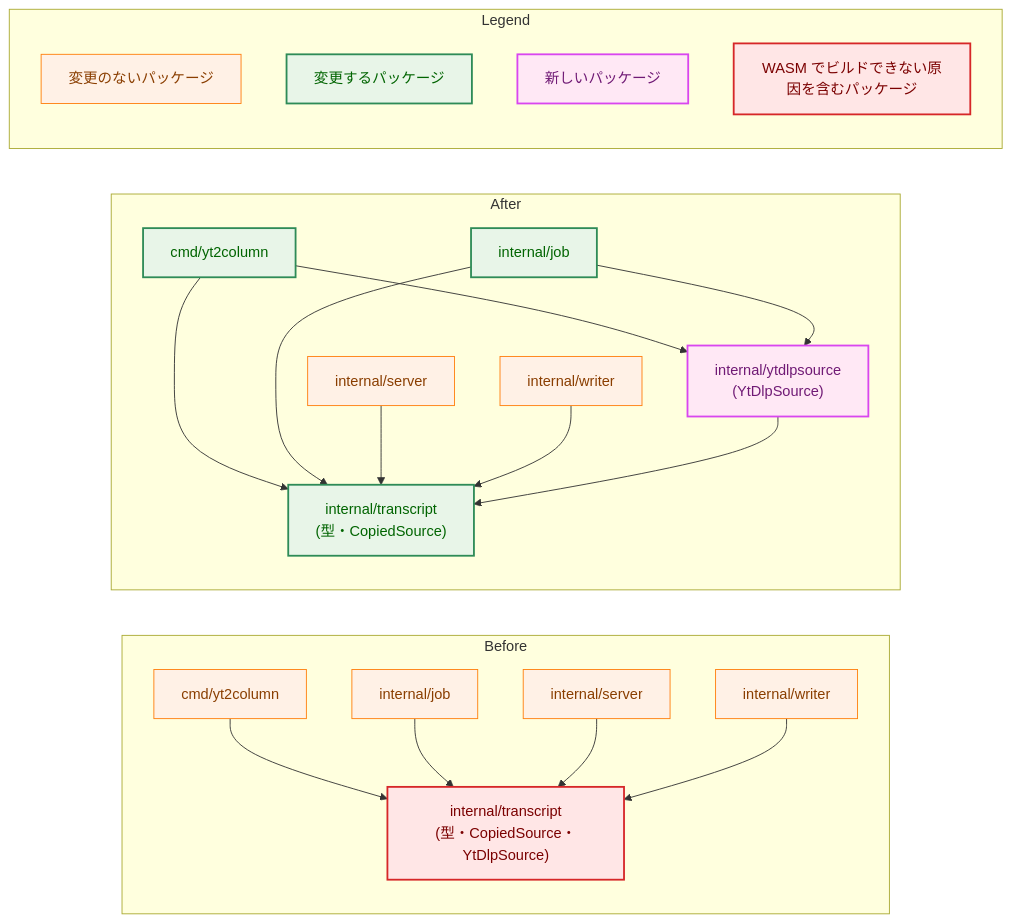
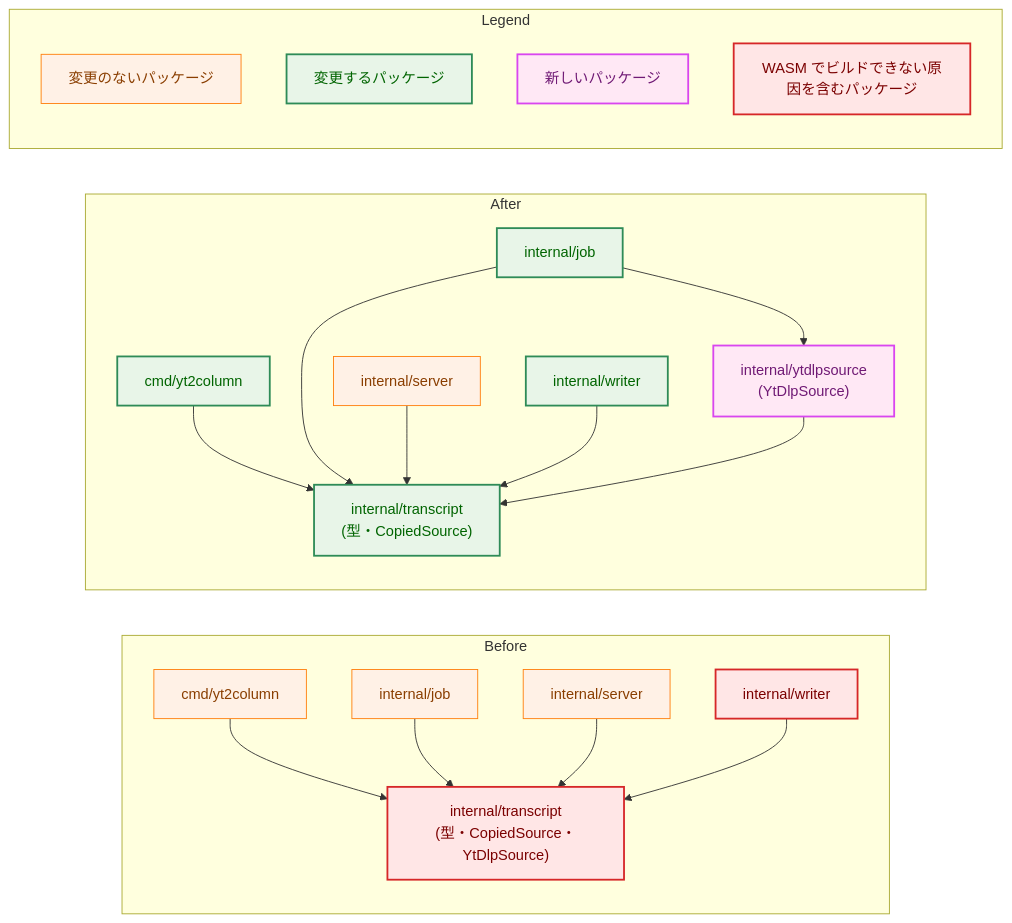
Before and after one commit to isseis/yt2column: the third of 8 diagrams in docs/tasks/0084_wasm_pipeline_poc/02_architecture.md, drawn with Mermaid. The commit also changed other lines of this file and 2 other files, not shown here.

First line of the commit message:
docs(0084): address the architecture review and the Japanese prose pass

````diff
--- a/docs/tasks/0084_wasm_pipeline_poc/02_architecture.md
+++ b/docs/tasks/0084_wasm_pipeline_poc/02_architecture.md
@@ -128,51 +166,50 @@
 ```mermaid
 flowchart LR
     classDef process fill:#fff1e6,stroke:#ff7f0e,stroke-width:1px,color:#8a3e00;
     classDef enhanced fill:#e8f5e8,stroke:#2e8b57,stroke-width:2px,color:#006400;
     classDef newpkg fill:#ffe8f5,stroke:#d946ef,stroke-width:2px,color:#701a75;
     classDef problem fill:#ffe6e6,stroke:#d62728,stroke-width:2px,color:#7b0000;
 
     subgraph Before["Before"]
         B_CLI["cmd/yt2column"]
         B_JOB["internal/job"]
         B_SRV["internal/server"]
         B_WR["internal/writer"]
         B_TR["internal/transcript<br>(型・CopiedSource・YtDlpSource)"]
         B_CLI --> B_TR
         B_JOB --> B_TR
         B_SRV --> B_TR
         B_WR --> B_TR
     end
 
     subgraph After["After"]
         A_CLI["cmd/yt2column"]
         A_JOB["internal/job"]
         A_SRV["internal/server"]
         A_WR["internal/writer"]
         A_TR["internal/transcript<br>(型・CopiedSource)"]
         A_YT["internal/ytdlpsource<br>(YtDlpSource)"]
         A_CLI --> A_TR
-        A_CLI --> A_YT
         A_JOB --> A_TR
         A_JOB --> A_YT
         A_SRV --> A_TR
         A_WR --> A_TR
         A_YT --> A_TR
     end
 
-    class B_TR problem
-    class B_CLI,B_JOB,B_SRV,B_WR,A_SRV,A_WR process
-    class A_CLI,A_JOB,A_TR enhanced
+    class B_TR,B_WR problem
+    class B_CLI,B_JOB,B_SRV,A_SRV process
+    class A_CLI,A_JOB,A_TR,A_WR enhanced
     class A_YT newpkg
 
     subgraph Legend["Legend"]
         L1["変更のないパッケージ"]
         L2["変更するパッケージ"]
         L3["新しいパッケージ"]
         L4["WASM でビルドできない原因を含むパッケージ"]
     end
     class L1 process
     class L2 enhanced
     class L3 newpkg
     class L4 problem
 ```
````
